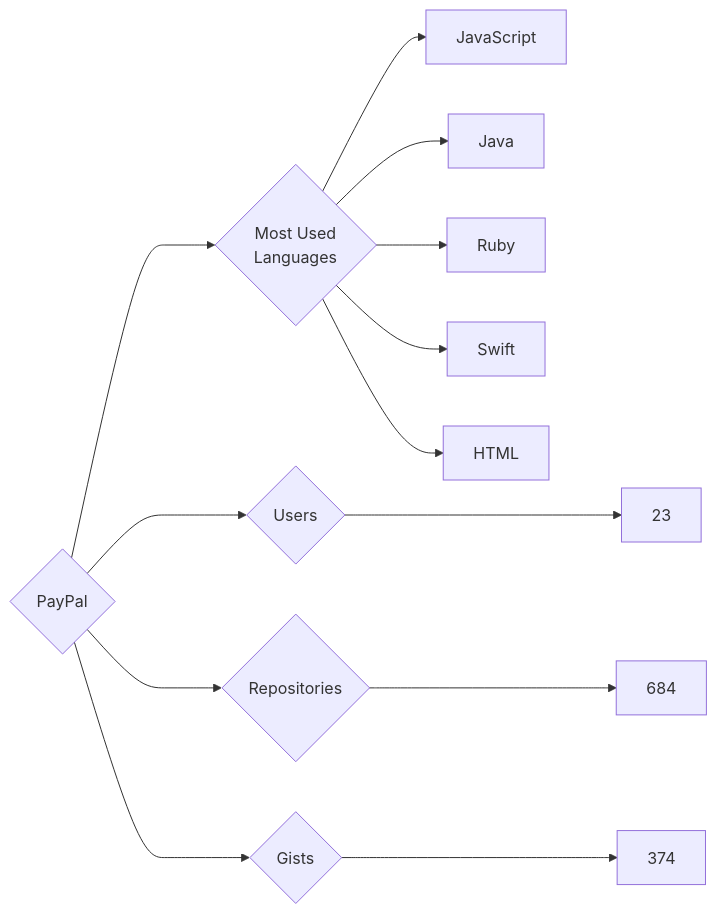
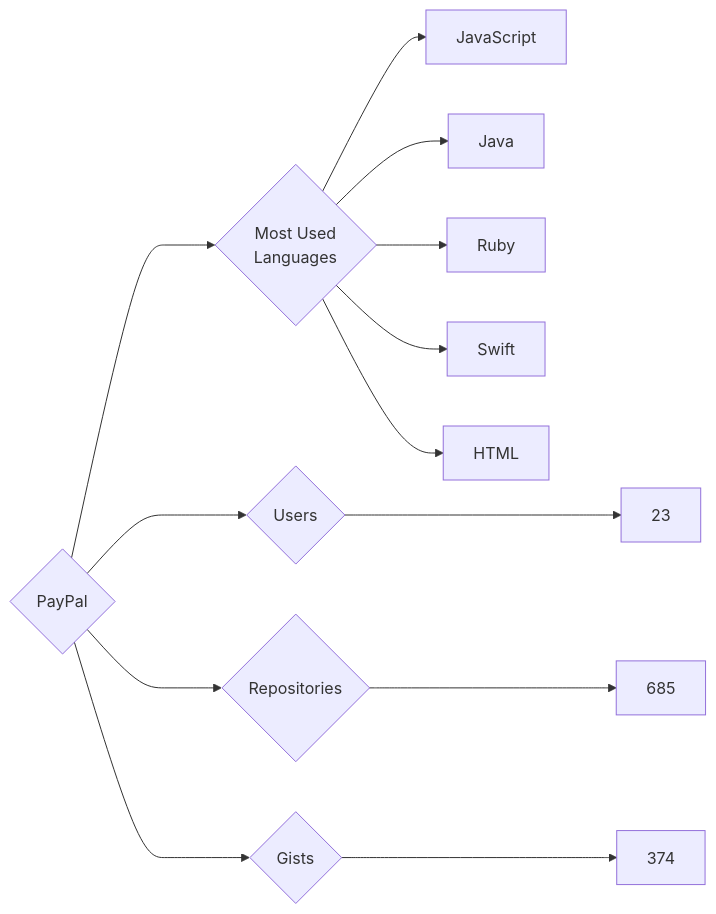
Before and after one commit to trickest/insiders: the diagram in targets/PayPal/README.md, drawn with Mermaid. The commit also changed 940 other files, not shown here.

````diff
--- a/targets/PayPal/README.md
+++ b/targets/PayPal/README.md
@@ -3,13 +3,13 @@
 ```mermaid
 graph LR
 COMPANY_NAME{PayPal}
 COMPANY_NAME ---> U{Users} ---> UN[23]
-COMPANY_NAME ---> R{Repositories} ---> RN[684]
+COMPANY_NAME ---> R{Repositories} ---> RN[685]
 COMPANY_NAME ---> G{Gists} ---> GN[374]
 COMPANY_NAME ---> ML{Most Used<br>Languages}
 ML --> JavaScript[JavaScript]
 ML --> Java[Java]
 ML --> Ruby[Ruby]
 ML --> Swift[Swift]
 ML --> HTML[HTML]
 ```
````
